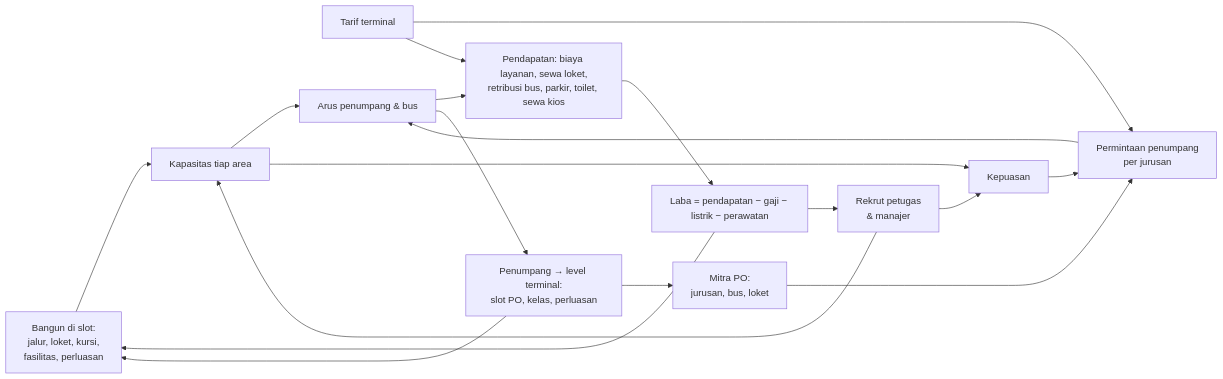
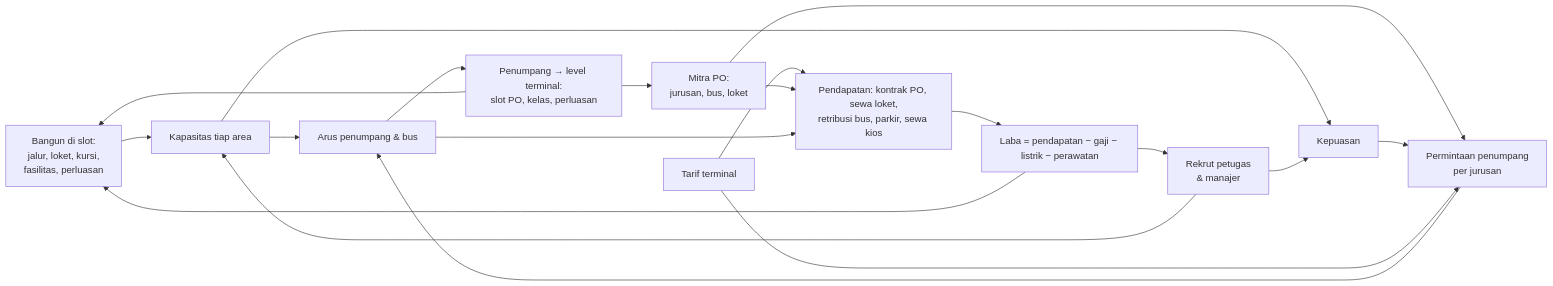
The diagram in documents/13-rancangan-tycoon.md (adeard/terminal-idle), drawn with Mermaid before and after one commit. The commit also changed other lines of this file and 39 other files, not shown here.

````diff
--- a/documents/13-rancangan-tycoon.md
+++ b/documents/13-rancangan-tycoon.md
@@ -11,20 +13,21 @@
 ```mermaid
 flowchart LR
   A[Bangun di slot:<br/>jalur, loket, kursi,<br/>fasilitas, perluasan] --> B[Kapasitas tiap area]
   R[Rekrut petugas<br/>& manajer] --> B
   P[Mitra PO:<br/>jurusan, bus, loket] --> D[Permintaan penumpang<br/>per jurusan]
   K[Kepuasan] --> D
   T[Tarif terminal] --> D
   T --> U
   B --> F[Arus penumpang & bus]
   D --> F
-  F --> U[Pendapatan: biaya layanan, sewa loket,<br/>retribusi bus, parkir, toilet, sewa kios]
+  P --> U
+  F --> U[Pendapatan: kontrak PO, sewa loket,<br/>retribusi bus, parkir, sewa kios]
   U --> L[Laba = pendapatan − gaji − listrik − perawatan]
   L --> A
   L --> R
   F --> X[Penumpang → level terminal:<br/>slot PO, kelas, perluasan]
   X --> P
   X --> A
   B --> K
   R --> K
 ```
````
